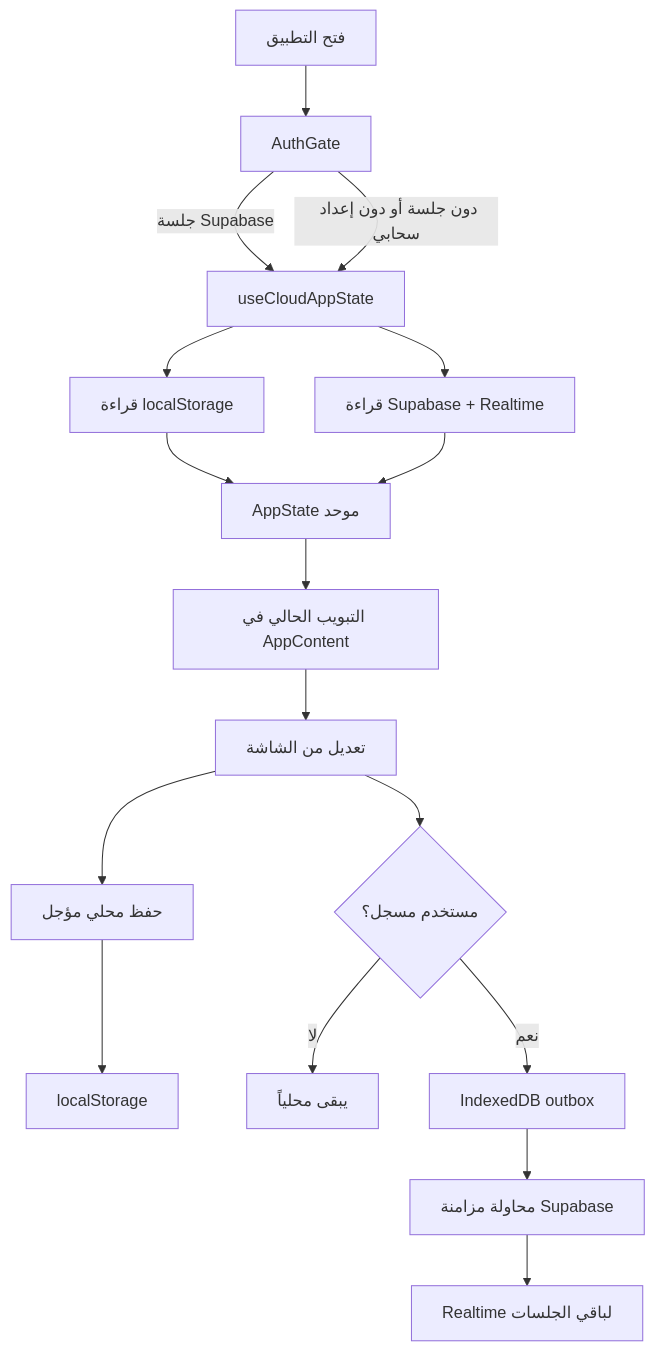
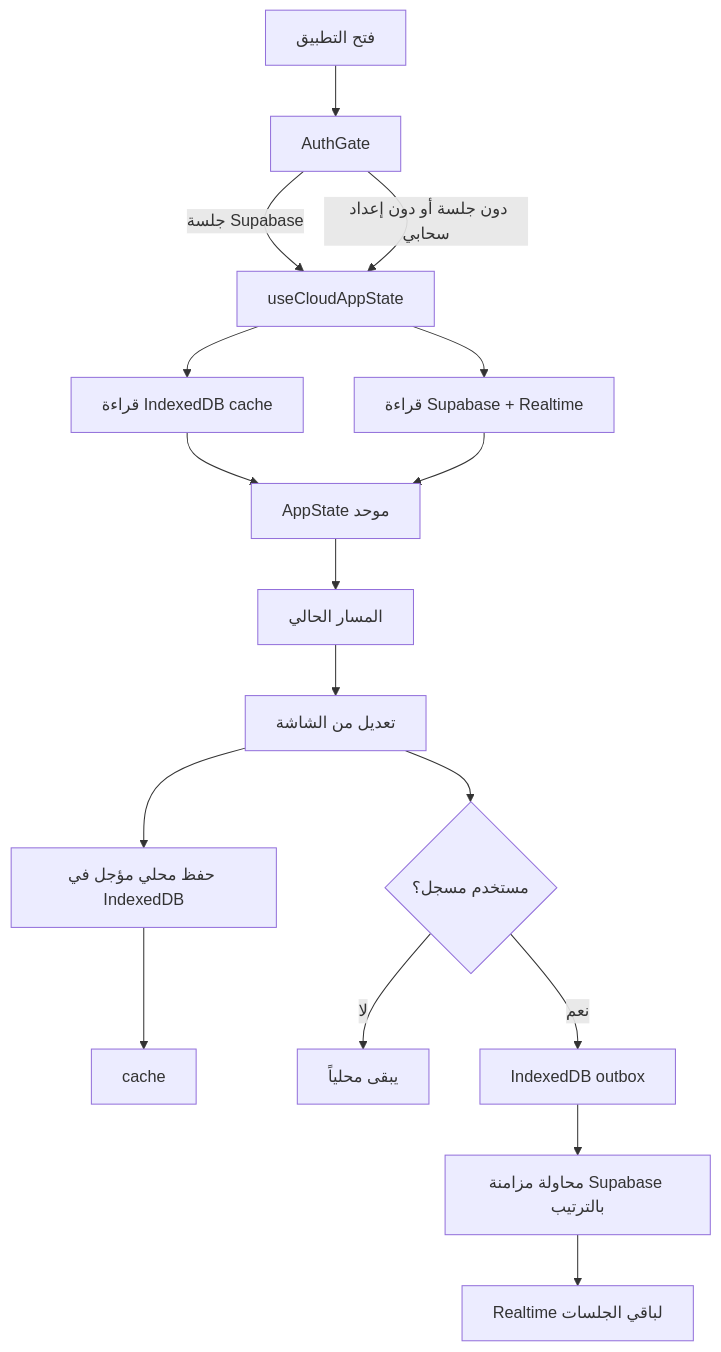
Before and after one commit to hichamabderr/Ostad: the diagram in README.md, drawn with Mermaid. The commit also changed other lines of this file and 84 other files, not shown here.

````diff
--- a/README.md
+++ b/README.md
@@ -42,19 +47,19 @@
 ```mermaid
 flowchart TD
     A[فتح التطبيق] --> B[AuthGate]
     B -->|جلسة Supabase| C[useCloudAppState]
     B -->|دون جلسة أو دون إعداد سحابي| C
-    C --> D[قراءة localStorage]
+    C --> D[قراءة IndexedDB cache]
     C --> E[قراءة Supabase + Realtime]
     D --> F[AppState موحد]
     E --> F
-    F --> G[التبويب الحالي في AppContent]
+    F --> G[المسار الحالي]
     G --> H[تعديل من الشاشة]
-    H --> I[حفظ محلي مؤجل]
-    I --> J[localStorage]
+    H --> I[حفظ محلي مؤجل في IndexedDB]
+    I --> J[cache]
     H --> K{مستخدم مسجل؟}
     K -->|لا| L[يبقى محلياً]
     K -->|نعم| M[IndexedDB outbox]
-    M --> N[محاولة مزامنة Supabase]
+    M --> N[محاولة مزامنة Supabase بالترتيب]
     N --> O[Realtime لباقي الجلسات]
 ```
````
